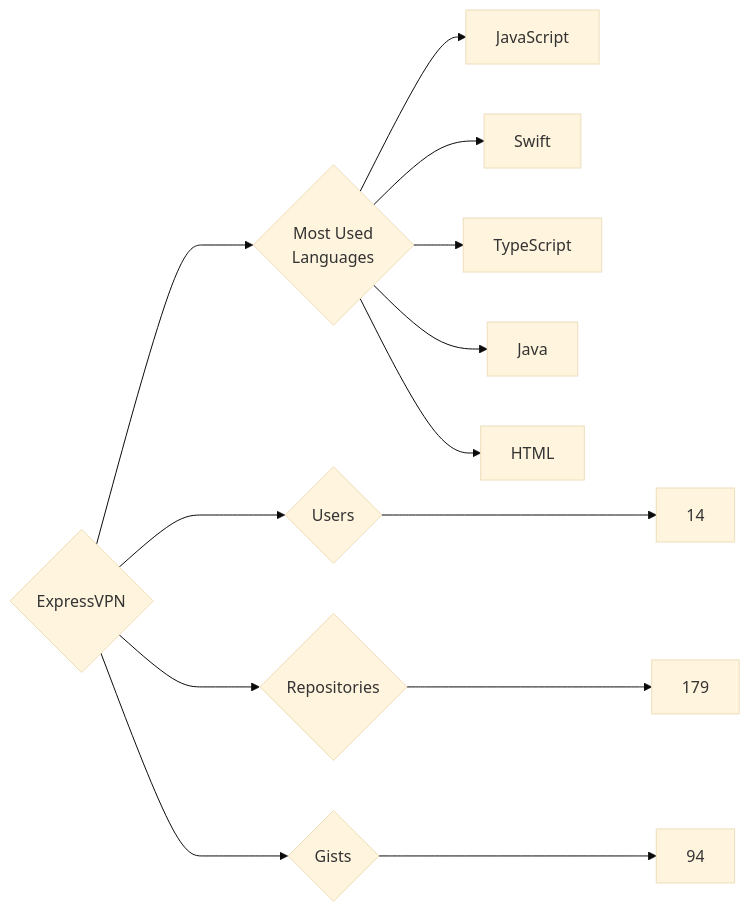
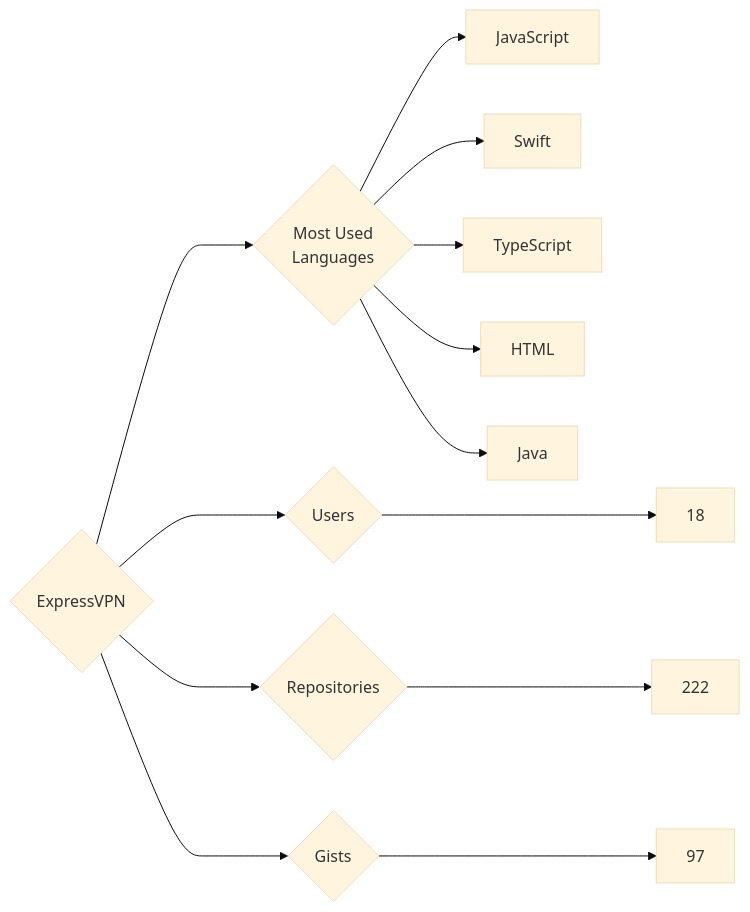
The diagram in targets/ExpressVPN/README.md (trickest/insiders), drawn with Mermaid (base theme) before and after one commit. The commit also changed 688 other files, not shown here.

````diff
--- a/targets/ExpressVPN/README.md
+++ b/targets/ExpressVPN/README.md
@@ -3,13 +3,13 @@
 ```mermaid
 graph LR
 COMPANY_NAME{ExpressVPN}
-COMPANY_NAME ---> U{Users} ---> UN[14]
-COMPANY_NAME ---> R{Repositories} ---> RN[179]
-COMPANY_NAME ---> G{Gists} ---> GN[94]
+COMPANY_NAME ---> U{Users} ---> UN[18]
+COMPANY_NAME ---> R{Repositories} ---> RN[222]
+COMPANY_NAME ---> G{Gists} ---> GN[97]
 COMPANY_NAME ---> ML{Most Used<br>Languages}
 ML --> JavaScript[JavaScript]
 ML --> Swift[Swift]
 ML --> TypeScript[TypeScript]
+ML --> HTML[HTML]
 ML --> Java[Java]
-ML --> HTML[HTML]
 ```
````
